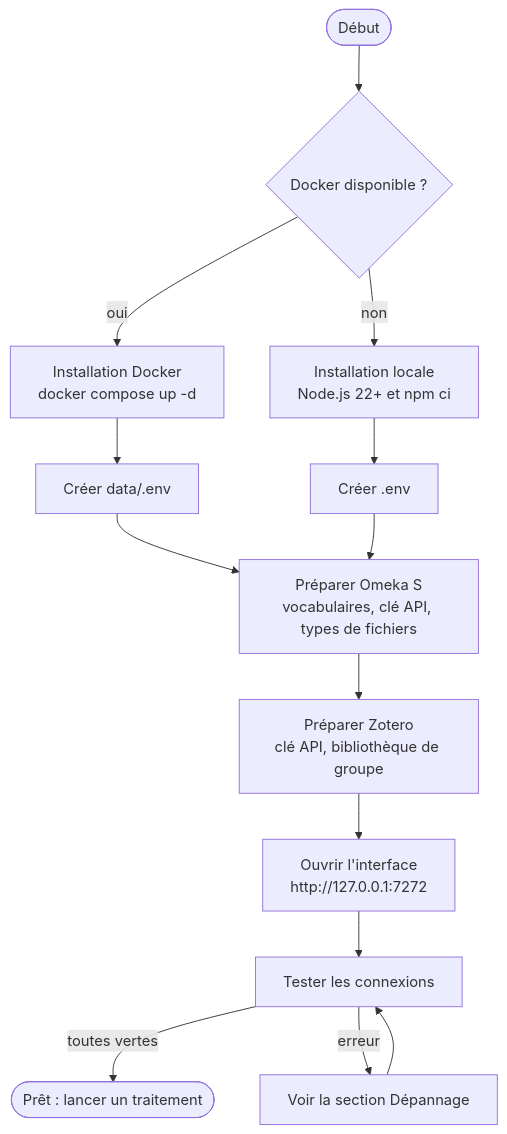
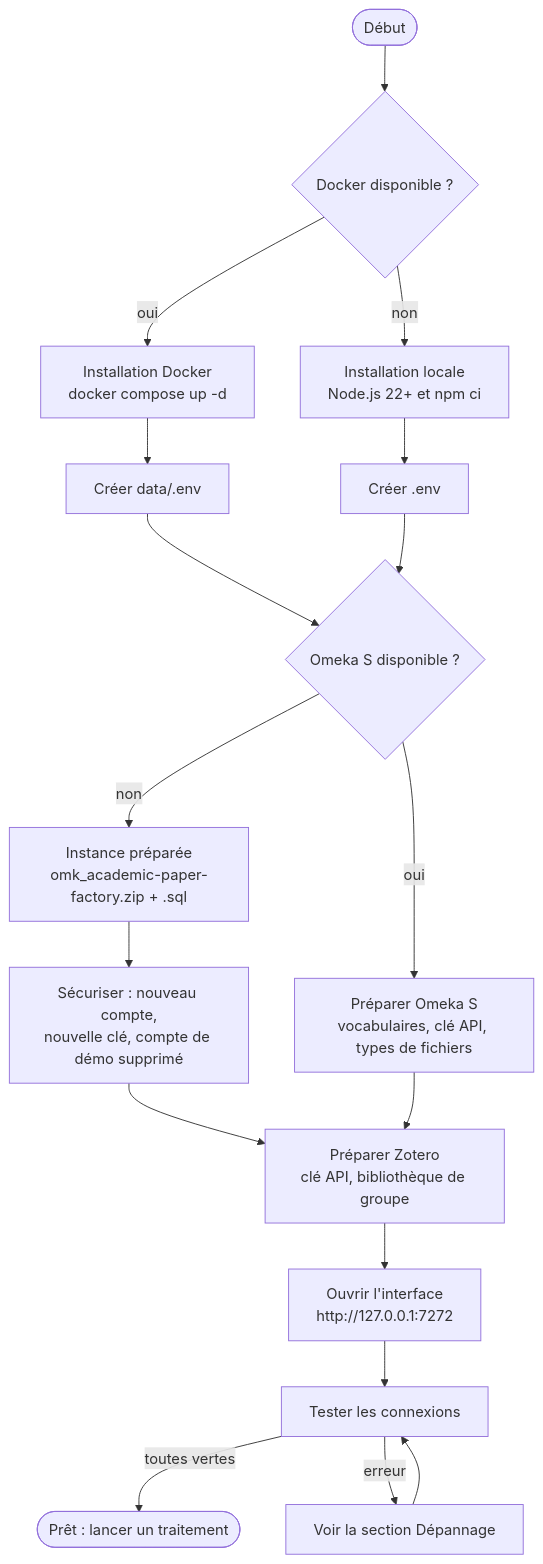
The first of 5 diagrams in docs/installation.md (samszo/ecosysteme-agents-recherche), drawn with Mermaid before and after one commit. The commit also changed other lines of this file and 27 other files, not shown here.

````diff
--- a/docs/installation.md
+++ b/docs/installation.md
@@ -5,16 +5,20 @@
 ```mermaid
 flowchart TD
     A([Début]) --> B{Docker disponible ?}
     B -- oui --> C[Installation Docker<br/>docker compose up -d]
     B -- non --> D[Installation locale<br/>Node.js 22+ et npm ci]
     C --> E[Créer data/.env]
     D --> F[Créer .env]
-    E --> G[Préparer Omeka S<br/>vocabulaires, clé API, types de fichiers]
-    F --> G
+    E --> O{Omeka S disponible ?}
+    F --> O
+    O -- oui --> G[Préparer Omeka S<br/>vocabulaires, clé API, types de fichiers]
+    O -- non --> P[Instance préparée<br/>omk_academic-paper-factory.zip + .sql]
+    P --> S[Sécuriser : nouveau compte,<br/>nouvelle clé, compte de démo supprimé]
+    S --> H
     G --> H[Préparer Zotero<br/>clé API, bibliothèque de groupe]
     H --> I[Ouvrir l'interface<br/>http://127.0.0.1:7272]
     I --> J[Tester les connexions]
     J -- toutes vertes --> K([Prêt : lancer un traitement])
     J -- erreur --> L[Voir la section Dépannage]
     L --> J
 ```
````
